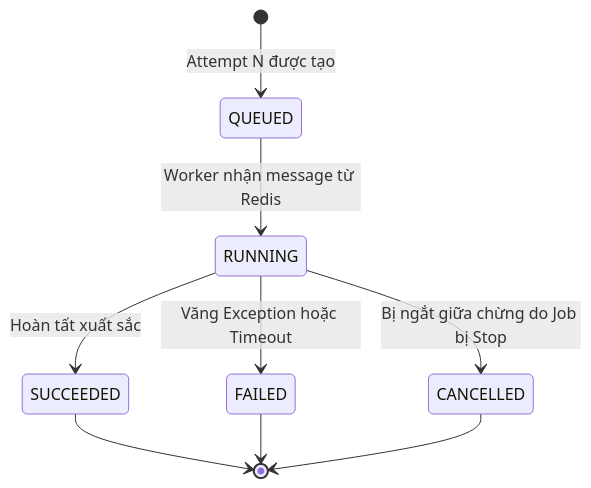
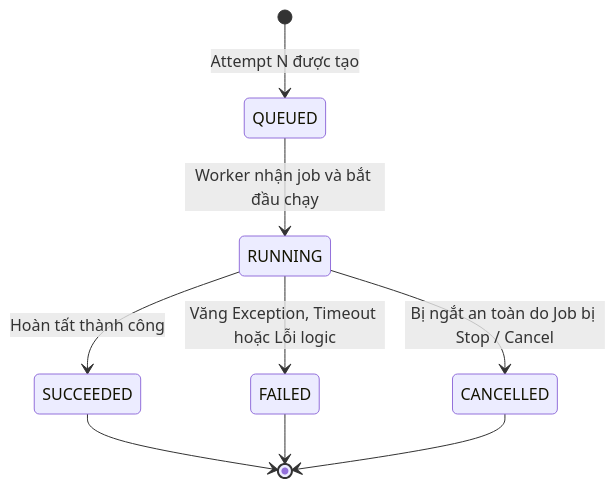
Before and after one commit to PhamVanMinhBinhThuan/crypto-strategy-platform: the second of 2 diagrams in specs/005-durable-job-persistence/contracts/job-execution-attempt-contract.md, drawn with Mermaid. The commit also changed other lines of this file and 111 other files, not shown here.

````diff
--- a/specs/005-durable-job-persistence/contracts/job-execution-attempt-contract.md
+++ b/specs/005-durable-job-persistence/contracts/job-execution-attempt-contract.md
@@ -55,12 +54,12 @@
 ```mermaid
 stateDiagram-v2
     [*] --> QUEUED : Attempt N được tạo
-    QUEUED --> RUNNING : Worker nhận message từ Redis
-    RUNNING --> SUCCEEDED : Hoàn tất xuất sắc
-    RUNNING --> FAILED : Văng Exception hoặc Timeout
-    RUNNING --> CANCELLED : Bị ngắt giữa chừng do Job bị Stop
+    QUEUED --> RUNNING : Worker nhận job và bắt đầu chạy
+    RUNNING --> SUCCEEDED : Hoàn tất thành công
+    RUNNING --> FAILED : Văng Exception, Timeout hoặc Lỗi logic
+    RUNNING --> CANCELLED : Bị ngắt an toàn do Job bị Stop / Cancel
     
     SUCCEEDED --> [*]
     FAILED --> [*]
     CANCELLED --> [*]
 ```
````
